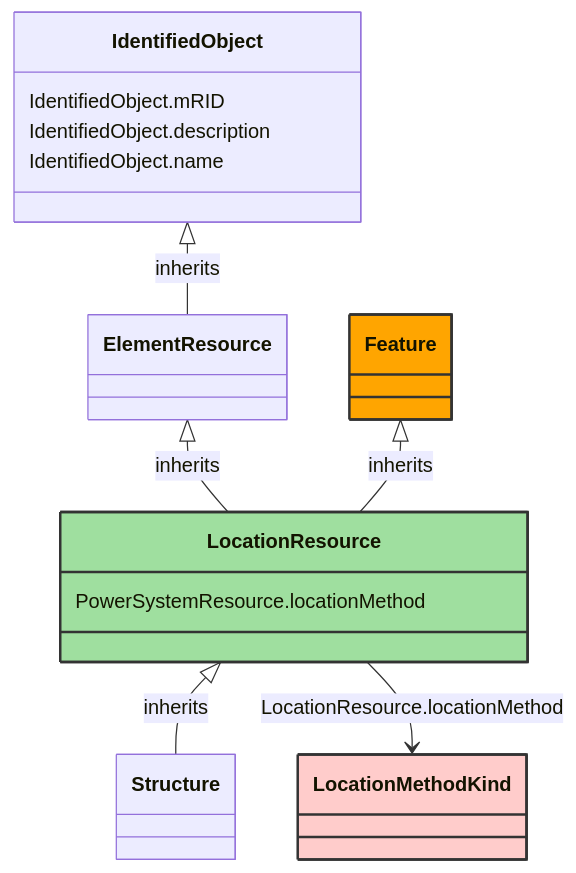
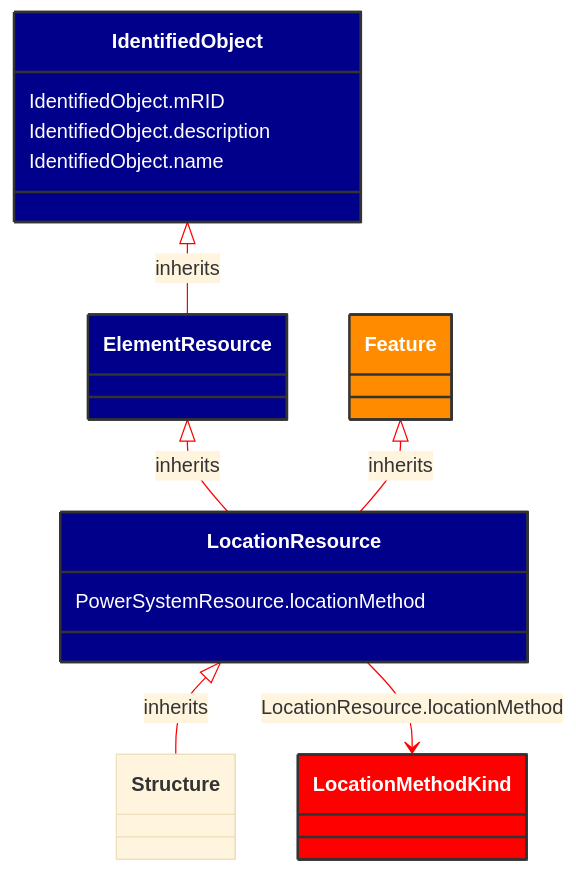
Before and after one commit to 3lbits/NoCIMExtensions: the diagram in docs/Models/Profiles/AviationObstacle/AbstractClasses/LocationResource.md, drawn with Mermaid. The commit also changed 58 other files, not shown here.

````diff
--- a/docs/Models/Profiles/AviationObstacle/AbstractClasses/LocationResource.md
+++ b/docs/Models/Profiles/AviationObstacle/AbstractClasses/LocationResource.md
@@ -10,38 +10,39 @@
 ```mermaid
+%%{init: {'theme':'base','themeVariables': {'lineColor': '#FF0000'}}}%%
 classDiagram
     class LocationResource
     click LocationResource href "/Models/Profiles/AviationObstacle/AbstractClasses/LocationResource/"
-    style LocationResource fill:#9fdf9f,stroke:#333,stroke-width:2px,rx:10,ry:10
+    style LocationResource fill:#006400,stroke:#333,stroke-width:2px,rx:10,ry:10,color:white
 
         LocationResource <|-- Structure : inherits
             click LocationResource href "/Models/Profiles/AviationObstacle/AbstractClasses/LocationResource/"
-            style LocationResource rx:10,ry:10
+            style LocationResource fill:#00008B,stroke:#333,stroke-width:2px,rx:10,ry:10,color:white
 
         Structure
             click Structure href "/Models/Profiles/AviationObstacle/AbstractClasses/Structure/"
-            style Structure rx:10,ry:10
+            style LocationResource fill:#00008B,stroke:#333,stroke-width:2px,rx:10,ry:10,color:white
 
         ElementResource <|-- LocationResource : inherits
             click ElementResource href "/Models/Profiles/AviationObstacle/AbstractClasses/ElementResource/"
-            style ElementResource rx:10,ry:10
+            style ElementResource fill:#00008B,stroke:#333,stroke-width:2px,rx:10,ry:10,color:white
 
         IdentifiedObject <|-- ElementResource : inherits
             click IdentifiedObject href "/Models/Profiles/AviationObstacle/AbstractClasses/IdentifiedObject/"
-            style IdentifiedObject rx:10,ry:10
+            style IdentifiedObject fill:#00008B,stroke:#333,stroke-width:2px,rx:10,ry:10,color:white
 
         Feature <|-- LocationResource : inherits
             click Feature href "/Models/Profiles/AviationObstacle/ConcreteClasses/Feature/"
-            style Feature fill:#FFA500,stroke:#333,stroke-width:2px,rx:10,ry:10
+            style Feature fill:#FF8C00,stroke:#333,stroke-width:2px,rx:10,ry:10,color:white
 
 
         LocationResource --> LocationMethodKind : LocationResource.locationMethod
 
         LocationMethodKind
             click LocationMethodKind href "/Models/Profiles/AviationObstacle/Enumerations/LocationMethodKind/"
-            style LocationMethodKind fill:#FFCCCB,stroke:#333,stroke-width:2px,rx:10,ry:10
+            style LocationMethodKind fill:#FF0000,stroke:#333,stroke-width:2px,rx:10,ry:10,color:white
 
         LocationResource : PowerSystemResource.locationMethod
         IdentifiedObject : IdentifiedObject.mRID
         IdentifiedObject : IdentifiedObject.description
         IdentifiedObject : IdentifiedObject.name
 ```
````
